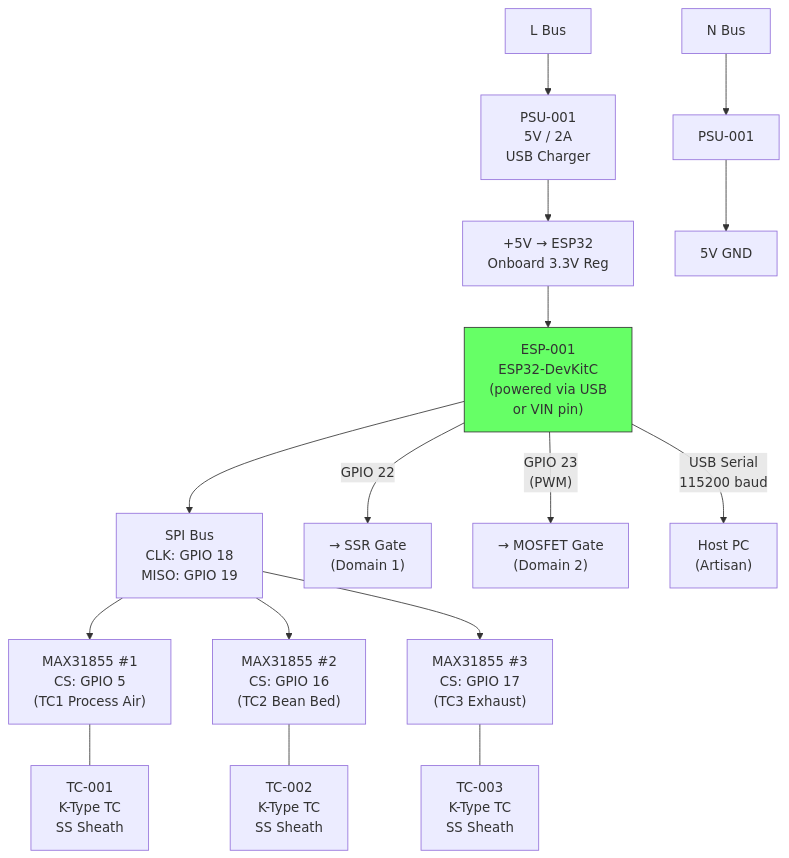
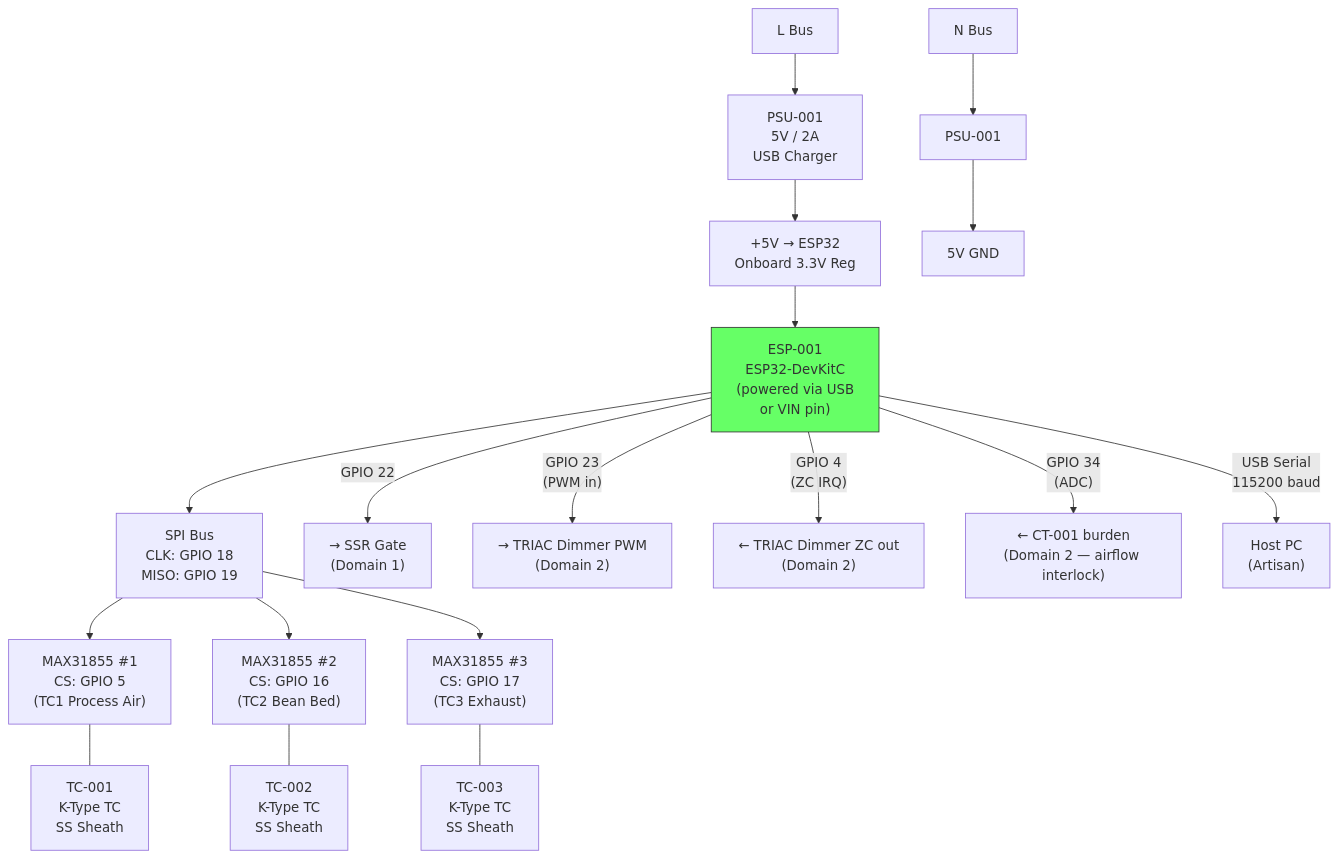
Before and after one commit to tom-jordan23/roaster: the fourth of 5 diagrams in docs/electrical/schematics/power-schematic.md, drawn with Mermaid. The commit also changed other lines of this file and 9 other files, not shown here.

````diff
--- a/docs/electrical/schematics/power-schematic.md
+++ b/docs/electrical/schematics/power-schematic.md
@@ -112,25 +127,27 @@
 ```mermaid
 graph TD
     L_BUS["L Bus"] --> PSU5_L["PSU-001\n5V / 2A\nUSB Charger"]
     N_BUS["N Bus"] --> PSU5_N["PSU-001"]
     PSU5_L --> V5_PLUS["+5V → ESP32\nOnboard 3.3V Reg"]
     PSU5_N --> V5_GND["5V GND"]
 
     V5_PLUS --> ESP["ESP-001\nESP32-DevKitC\n(powered via USB\nor VIN pin)"]
 
     ESP --> SPI["SPI Bus\nCLK: GPIO 18\nMISO: GPIO 19"]
 
     SPI --> AMP1["MAX31855 #1\nCS: GPIO 5\n(TC1 Process Air)"]
     SPI --> AMP2["MAX31855 #2\nCS: GPIO 16\n(TC2 Bean Bed)"]
     SPI --> AMP3["MAX31855 #3\nCS: GPIO 17\n(TC3 Exhaust)"]
 
     AMP1 --- TC1["TC-001\nK-Type TC\nSS Sheath"]
     AMP2 --- TC2["TC-002\nK-Type TC\nSS Sheath"]
     AMP3 --- TC3["TC-003\nK-Type TC\nSS Sheath"]
 
     ESP -->|"GPIO 22"| SSR_OUT["→ SSR Gate\n(Domain 1)"]
-    ESP -->|"GPIO 23\n(PWM)"| MOSFET_OUT["→ MOSFET Gate\n(Domain 2)"]
+    ESP -->|"GPIO 23\n(PWM in)"| TRIAC_OUT["→ TRIAC Dimmer PWM\n(Domain 2)"]
+    ESP -->|"GPIO 4\n(ZC IRQ)"| ZC_IN["← TRIAC Dimmer ZC out\n(Domain 2)"]
+    ESP -->|"GPIO 34\n(ADC)"| CT_IN["← CT-001 burden\n(Domain 2 — airflow interlock)"]
     ESP -->|"USB Serial\n115200 baud"| PC["Host PC\n(Artisan)"]
 
     style ESP fill:#6f6,stroke:#333
 ```
````
